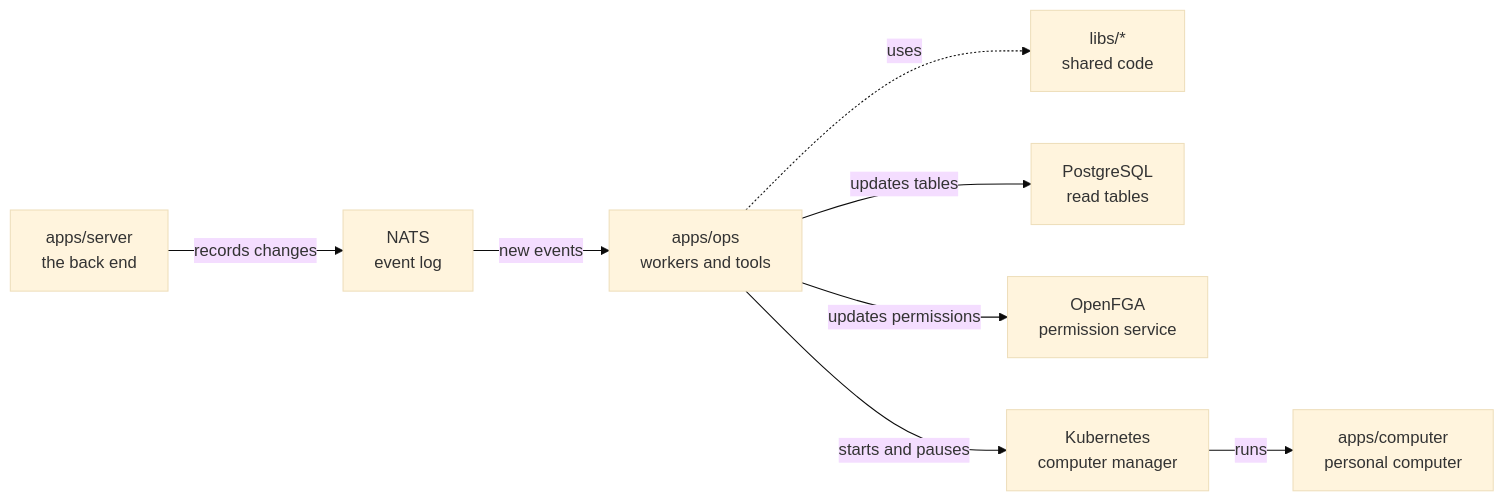
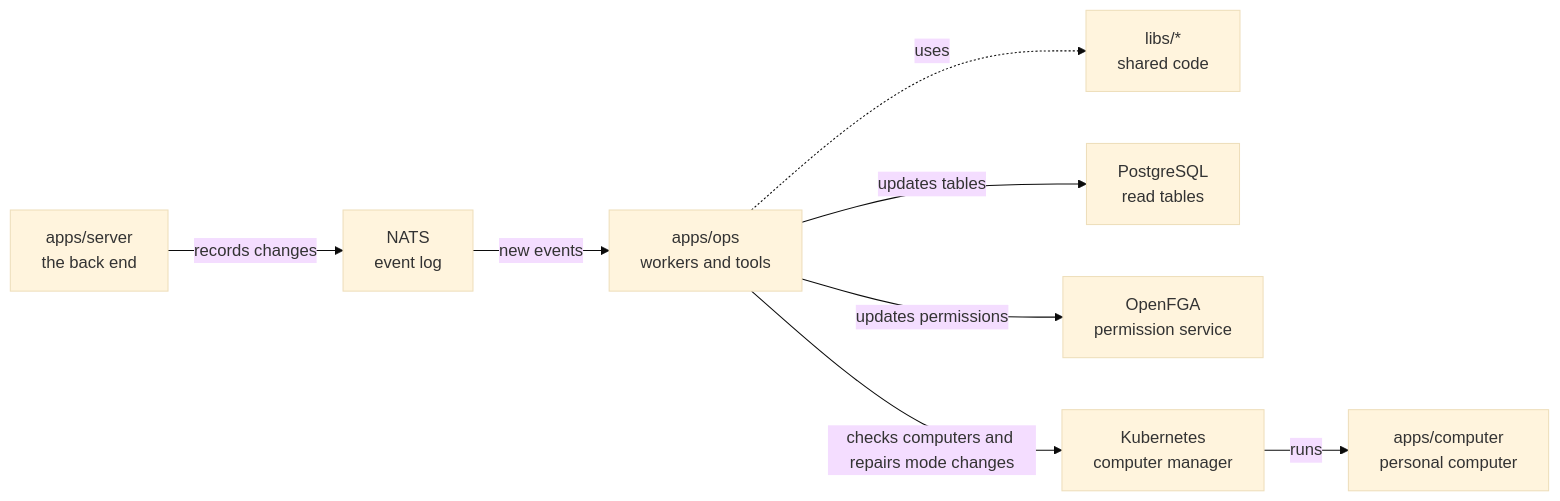
Before and after one commit to elewa-git/opencrane-new: the diagram in apps/ops/README.md, drawn with Mermaid (base theme). The commit also changed other lines of this file and 19 other files, not shown here.

````diff
--- a/apps/ops/README.md
+++ b/apps/ops/README.md
@@ -11,10 +11,10 @@
 ```mermaid
 flowchart LR
   server["apps/server<br/>the back end"] -->|records changes| nats["NATS<br/>event log"]
   nats -->|new events| ops["apps/ops<br/>workers and tools"]
   ops -.->|uses| libs["libs/*<br/>shared code"]
   ops -->|updates tables| postgres["PostgreSQL<br/>read tables"]
   ops -->|updates permissions| fga["OpenFGA<br/>permission service"]
-  ops -->|starts and pauses| kube["Kubernetes<br/>computer manager"]
+  ops -->|checks computers and repairs mode changes| kube["Kubernetes<br/>computer manager"]
   kube -->|runs| computer["apps/computer<br/>personal computer"]
 ```
````
